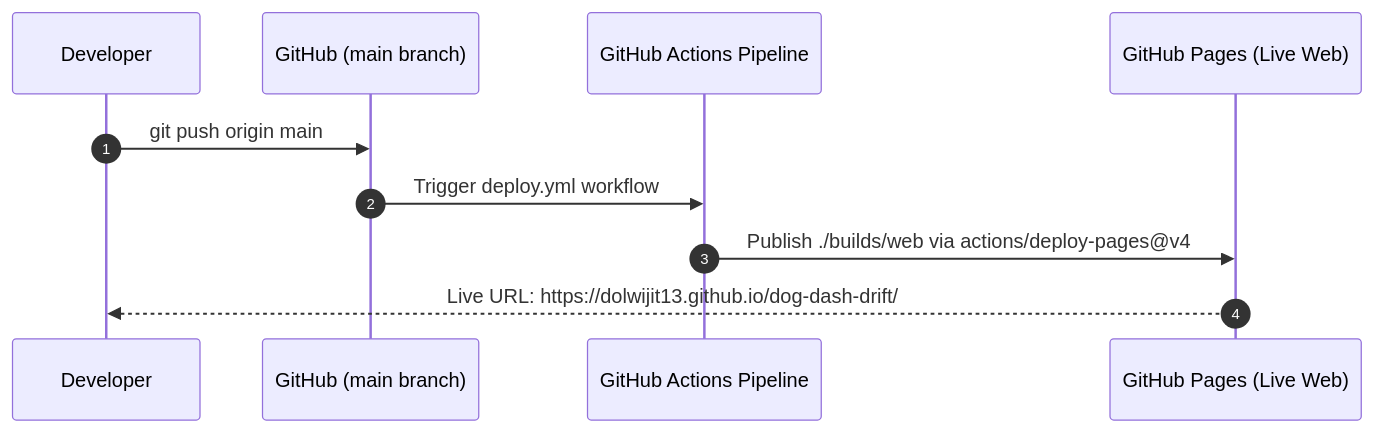
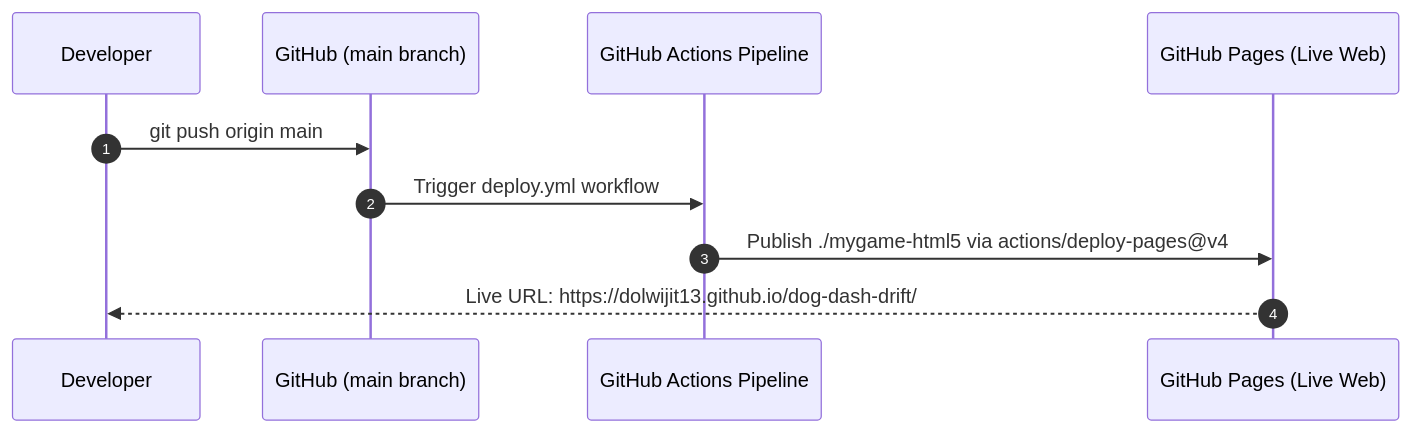
The diagram in .docs/dragonruby-github-pages-deployment/technical.md (dolwijit13/dog-dash-drift), drawn with Mermaid before and after one commit. The commit also changed other lines of this file, not shown here.

Commit message:
docs: update technical.md for native DragonRuby WebAssembly deployment (#17)

````diff
--- a/.docs/dragonruby-github-pages-deployment/technical.md
+++ b/.docs/dragonruby-github-pages-deployment/technical.md
@@ -56,13 +56,13 @@
 ```mermaid
 sequenceDiagram
     autonumber
     participant Dev as Developer
     participant Git as GitHub (main branch)
     participant CI as GitHub Actions Pipeline
     participant Pages as GitHub Pages (Live Web)
 
     Dev->>Git: git push origin main
     Git->>CI: Trigger deploy.yml workflow
-    CI->>Pages: Publish ./builds/web via actions/deploy-pages@v4
+    CI->>Pages: Publish ./mygame-html5 via actions/deploy-pages@v4
     Pages-->>Dev: Live URL: https://dolwijit13.github.io/dog-dash-drift/
 ```
````
